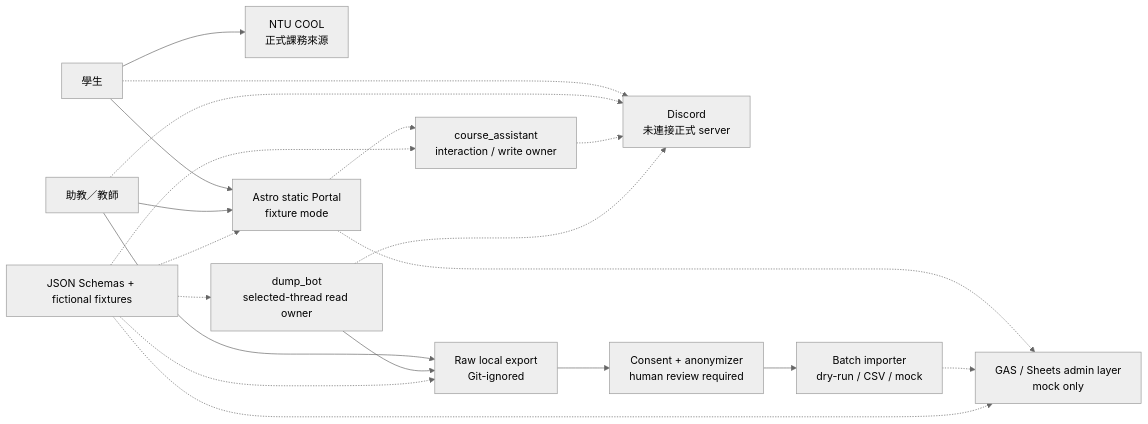
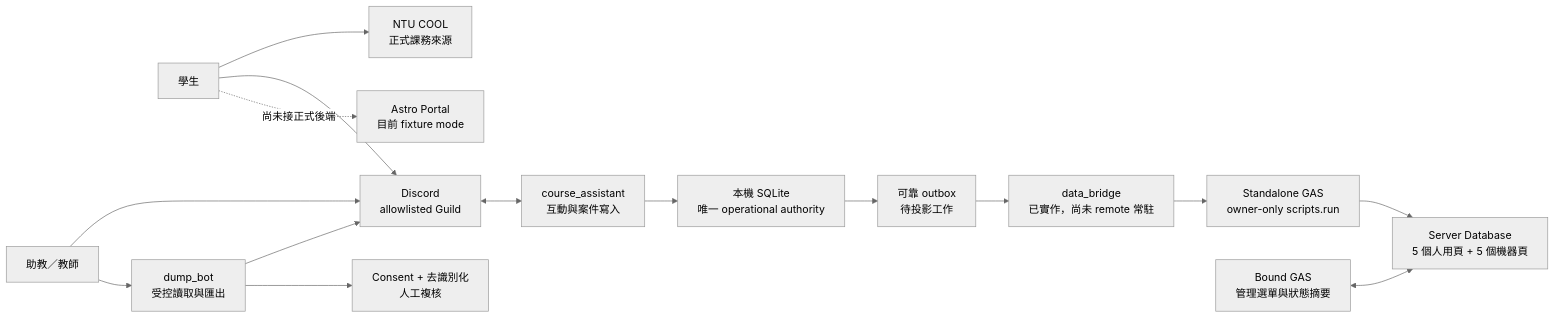
One commit to A-Cup-of-Chamomile-Tea-Latte/discord-calculus-teaching-platform changed the diagram in docs/architecture/OVERVIEW.md. Above: the diagram before and after it, drawn with Mermaid (neutral theme). The commit also changed other lines of this file and 20 other files, not shown here.

````diff
--- a/docs/architecture/OVERVIEW.md
+++ b/docs/architecture/OVERVIEW.md
@@ -9,35 +9,32 @@
 ```mermaid
 flowchart LR
   student["學生"]
   staff["助教／教師"]
   cool["NTU COOL<br/>正式課務來源"]
-  portal["Astro static Portal<br/>fixture mode"]
-  gas["GAS / Sheets admin layer<br/>mock only"]
-  writer["course_assistant<br/>interaction / write owner"]
-  reader["dump_bot<br/>selected-thread read owner"]
-  discord["Discord<br/>未連接正式 server"]
-  raw["Raw local export<br/>Git-ignored"]
-  clean["Consent + anonymizer<br/>human review required"]
-  importer["Batch importer<br/>dry-run / CSV / mock"]
-  contracts["JSON Schemas + fictional fixtures"]
+  discord["Discord<br/>allowlisted Guild"]
+  writer["course_assistant<br/>互動與案件寫入"]
+  reader["dump_bot<br/>受控讀取與匯出"]
+  sqlite["本機 SQLite<br/>唯一 operational authority"]
+  outbox["可靠 outbox<br/>待投影工作"]
+  bridge["data_bridge<br/>已實作，尚未 remote 常駐"]
+  gas["Standalone GAS<br/>owner-only scripts.run"]
+  sheet["Server Database<br/>5 個人用頁 + 5 個機器頁"]
+  bound["Bound GAS<br/>管理選單與狀態摘要"]
+  portal["Astro Portal<br/>目前 fixture mode"]
+  clean["Consent + 去識別化<br/>人工複核"]
 
   student --> cool
-  student --> portal
-  staff --> portal
-  student -.-> discord
-  staff -.-> discord
-  portal -.-> gas
-  portal -.-> writer
-  writer -.-> discord
-  reader -.-> discord
-  staff --> raw
-  reader --> raw
-  raw --> clean
-  clean --> importer
-  importer -.-> gas
-  contracts -.-> portal
-  contracts -.-> gas
-  contracts -.-> writer
-  contracts -.-> reader
-  contracts -.-> raw
+  student --> discord
+  staff --> discord
+  discord <--> writer
+  writer --> sqlite
+  staff --> reader
+  reader --> discord
+  reader --> clean
+  sqlite --> outbox
+  outbox --> bridge
+  bridge --> gas
+  gas --> sheet
+  bound <--> sheet
+  student -. 尚未接正式後端 .-> portal
 ```
````
